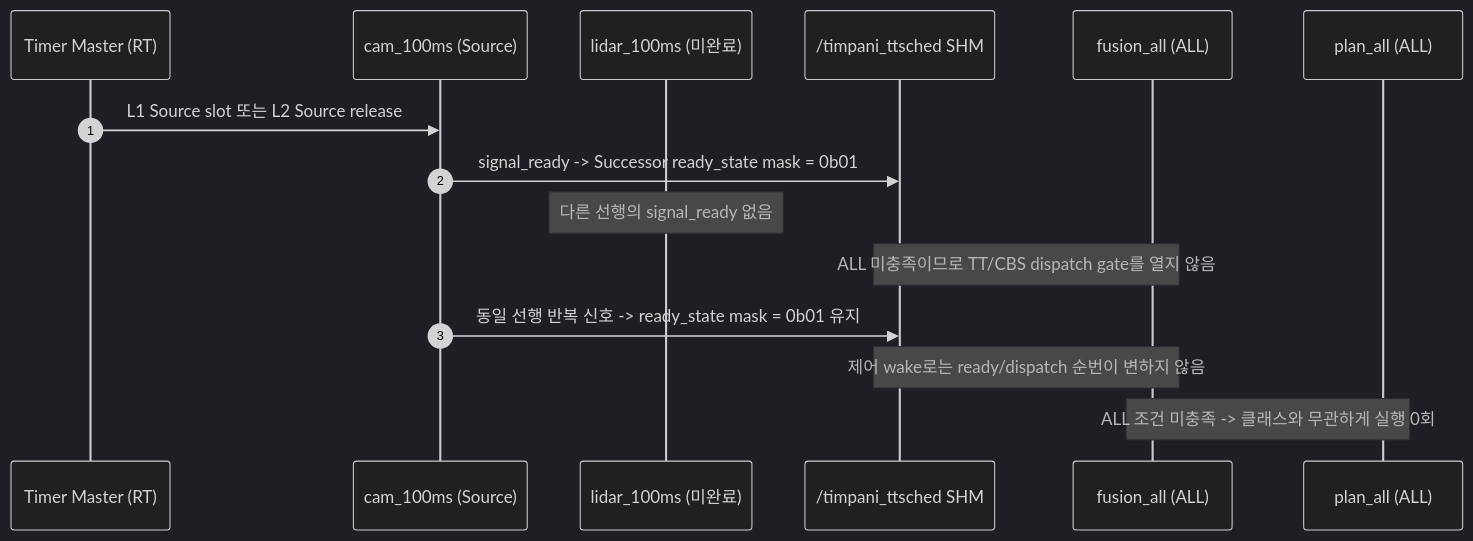
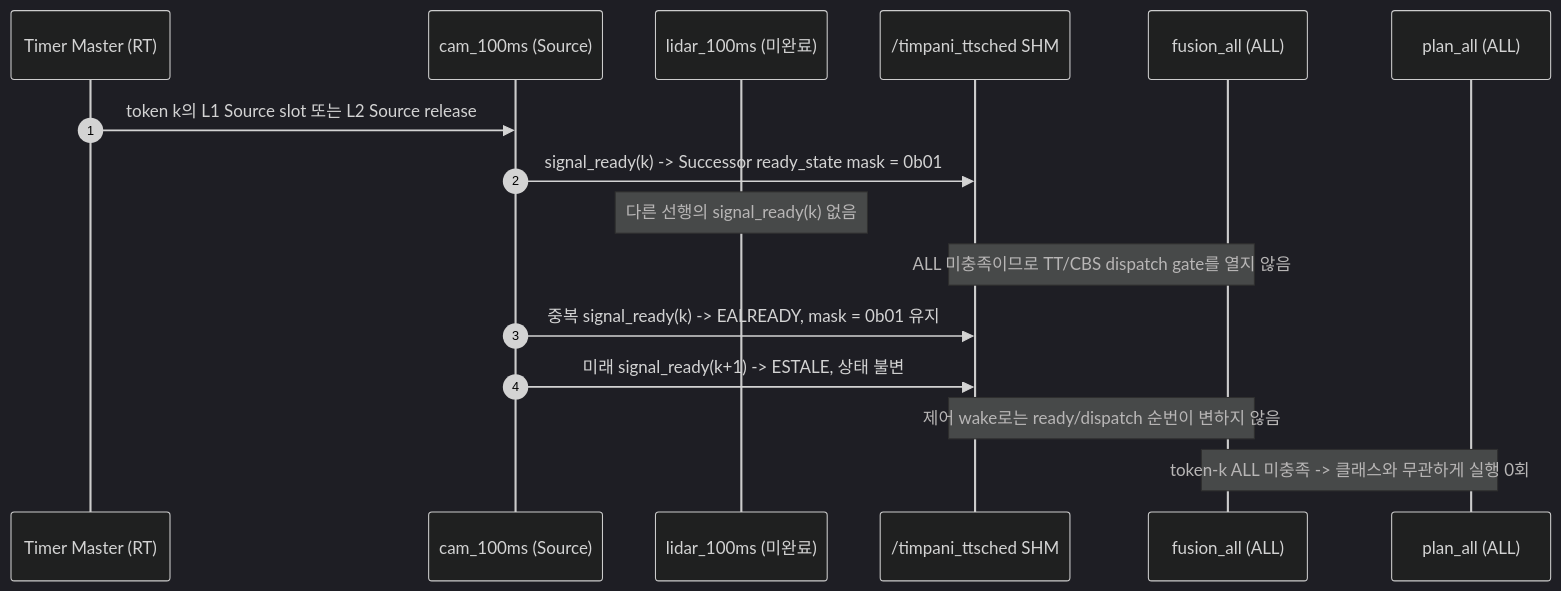
Before and after one commit to eclipse-timpani/timpani26: the fourth of 4 diagrams in doc/design/kor/HLD-009-data-driven-workload.md, drawn with Mermaid (dark theme). The commit also changed other lines of this file and 9 other files, not shown here.

````diff
--- a/doc/design/kor/HLD-009-data-driven-workload.md
+++ b/doc/design/kor/HLD-009-data-driven-workload.md
@@ -139,18 +147,19 @@
 ```mermaid
 sequenceDiagram
     autonumber
     participant TM as Timer Master (RT)
     participant CAM as cam_100ms (Source)
     participant LIDAR as lidar_100ms (미완료)
     participant SHM as /timpani_ttsched SHM
     participant FUSION as fusion_all (ALL)
     participant PLAN as plan_all (ALL)
 
-    TM->>CAM: L1 Source slot 또는 L2 Source release
-    CAM->>SHM: signal_ready -> Successor ready_state mask = 0b01
-    Note over LIDAR: 다른 선행의 signal_ready 없음
+    TM->>CAM: token k의 L1 Source slot 또는 L2 Source release
+    CAM->>SHM: signal_ready(k) -> Successor ready_state mask = 0b01
+    Note over LIDAR: 다른 선행의 signal_ready(k) 없음
     Note over SHM,FUSION: ALL 미충족이므로 TT/CBS dispatch gate를 열지 않음
-    CAM->>SHM: 동일 선행 반복 신호 -> ready_state mask = 0b01 유지
+    CAM->>SHM: 중복 signal_ready(k) -> EALREADY, mask = 0b01 유지
+    CAM->>SHM: 미래 signal_ready(k+1) -> ESTALE, 상태 불변
     Note over SHM,FUSION: 제어 wake로는 ready/dispatch 순번이 변하지 않음
-    Note over FUSION,PLAN: ALL 조건 미충족 -> 클래스와 무관하게 실행 0회
+    Note over FUSION,PLAN: token-k ALL 미충족 -> 클래스와 무관하게 실행 0회
 ```
````
